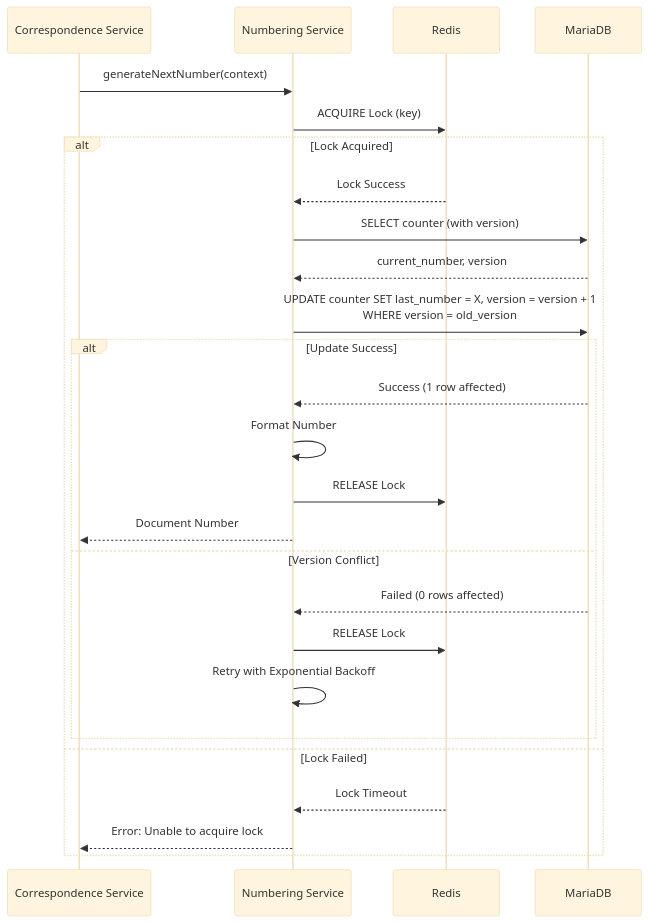
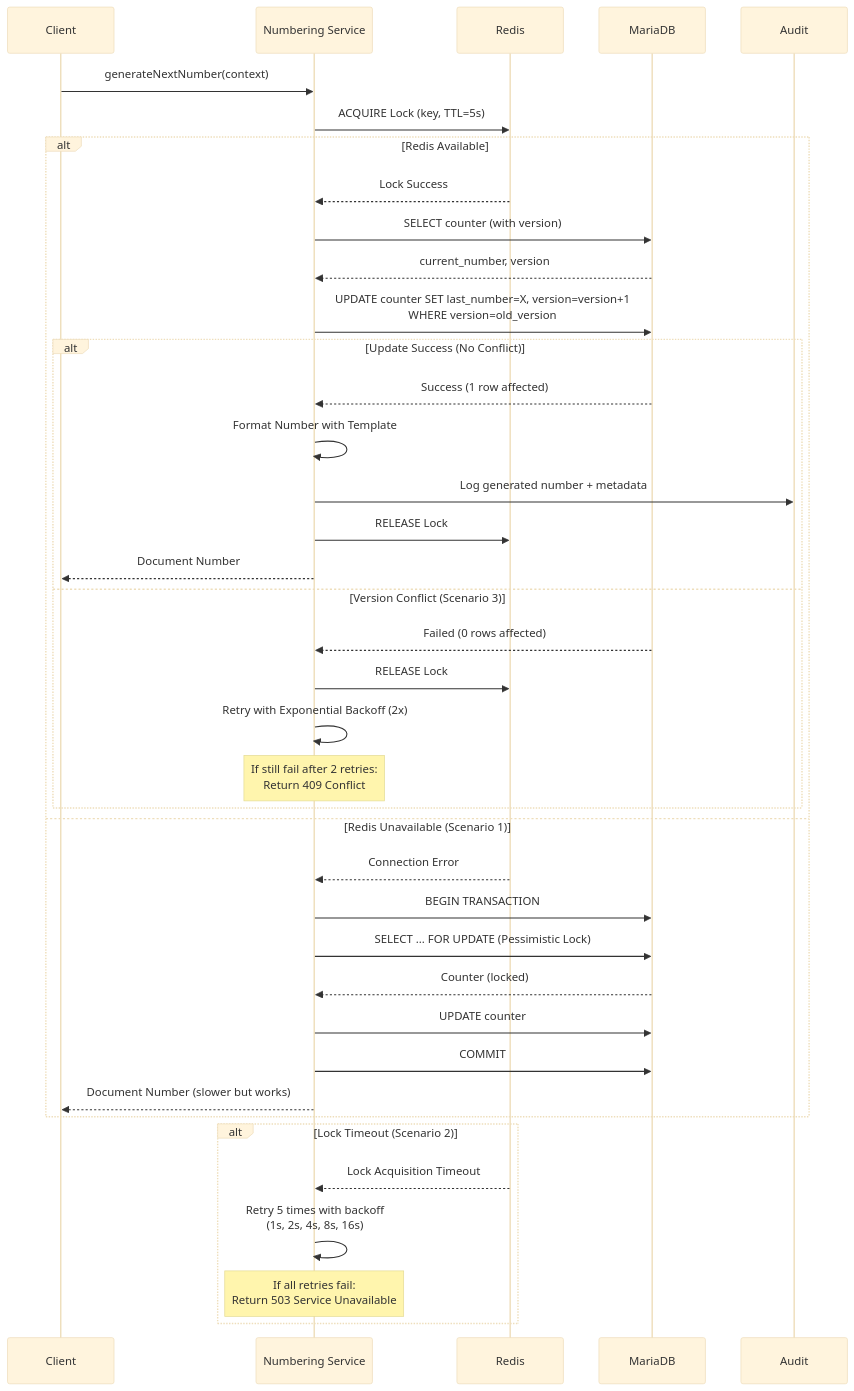
One commit to peancharoen/lcbp3 changed the diagram in specs/05-decisions/ADR-002-document-numbering-strategy.md. Above: the diagram before and after it, drawn with Mermaid (base theme). The commit also changed other lines of this file and 4 other files, not shown here.

````diff
--- a/specs/05-decisions/ADR-002-document-numbering-strategy.md
+++ b/specs/05-decisions/ADR-002-document-numbering-strategy.md
@@ -281,31 +534,45 @@
 ```mermaid
 sequenceDiagram
-    participant Service as Correspondence Service
-    participant Numbering as Numbering Service
+    participant Client
+    participant Service as Numbering Service
     participant Redis
     participant DB as MariaDB
+    participant Audit
 
-    Service->>Numbering: generateNextNumber(context)
-    Numbering->>Redis: ACQUIRE Lock (key)
+    Client->>Service: generateNextNumber(context)
+    Service->>Redis: ACQUIRE Lock (key, TTL=5s)
 
-    alt Lock Acquired
-        Redis-->>Numbering: Lock Success
-        Numbering->>DB: SELECT counter (with version)
-        DB-->>Numbering: current_number, version
-        Numbering->>DB: UPDATE counter SET last_number = X, version = version + 1<br/>WHERE version = old_version
+    alt Redis Available
+        Redis-->>Service: Lock Success
+        Service->>DB: SELECT counter (with version)
+        DB-->>Service: current_number, version
+        Service->>DB: UPDATE counter SET last_number=X, version=version+1<br/>WHERE version=old_version
 
-        alt Update Success
-            DB-->>Numbering: Success (1 row affected)
-            Numbering->>Numbering: Format Number
-            Numbering->>Redis: RELEASE Lock
-            Numbering-->>Service: Document Number
-        else Version Conflict
-            DB-->>Numbering: Failed (0 rows affected)
-            Numbering->>Redis: RELEASE Lock
-            Numbering->>Numbering: Retry with Exponential Backoff
+        alt Update Success (No Conflict)
+            DB-->>Service: Success (1 row affected)
+            Service->>Service: Format Number with Template
+            Service->>Audit: Log generated number + metadata
+            Service->>Redis: RELEASE Lock
+            Service-->>Client: Document Number
+        else Version Conflict (Scenario 3)
+            DB-->>Service: Failed (0 rows affected)
+            Service->>Redis: RELEASE Lock
+            Service->>Service: Retry with Exponential Backoff (2x)
+            Note over Service: If still fail after 2 retries:<br/>Return 409 Conflict
         end
-    else Lock Failed
-        Redis-->>Numbering: Lock Timeout
-        Numbering-->>Service: Error: Unable to acquire lock
+    else Redis Unavailable (Scenario 1)
+        Redis-->>Service: Connection Error
+        Service->>DB: BEGIN TRANSACTION
+        Service->>DB: SELECT ... FOR UPDATE (Pessimistic Lock)
+        DB-->>Service: Counter (locked)
+        Service->>DB: UPDATE counter
+        Service->>DB: COMMIT
+        Service-->>Client: Document Number (slower but works)
+    end
+
+    alt Lock Timeout (Scenario 2)
+        Redis-->>Service: Lock Acquisition Timeout
+        Service->>Service: Retry 5 times with backoff<br/>(1s, 2s, 4s, 8s, 16s)
+        Note over Service: If all retries fail:<br/>Return 503 Service Unavailable
     end
 ```
````
